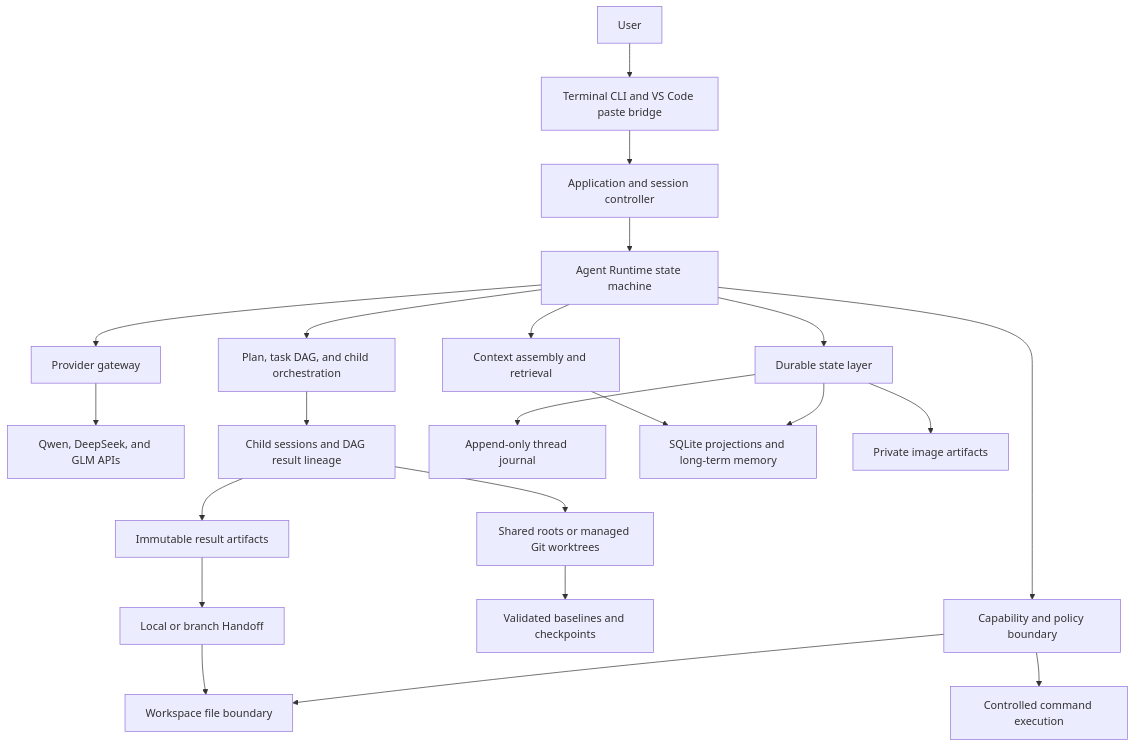
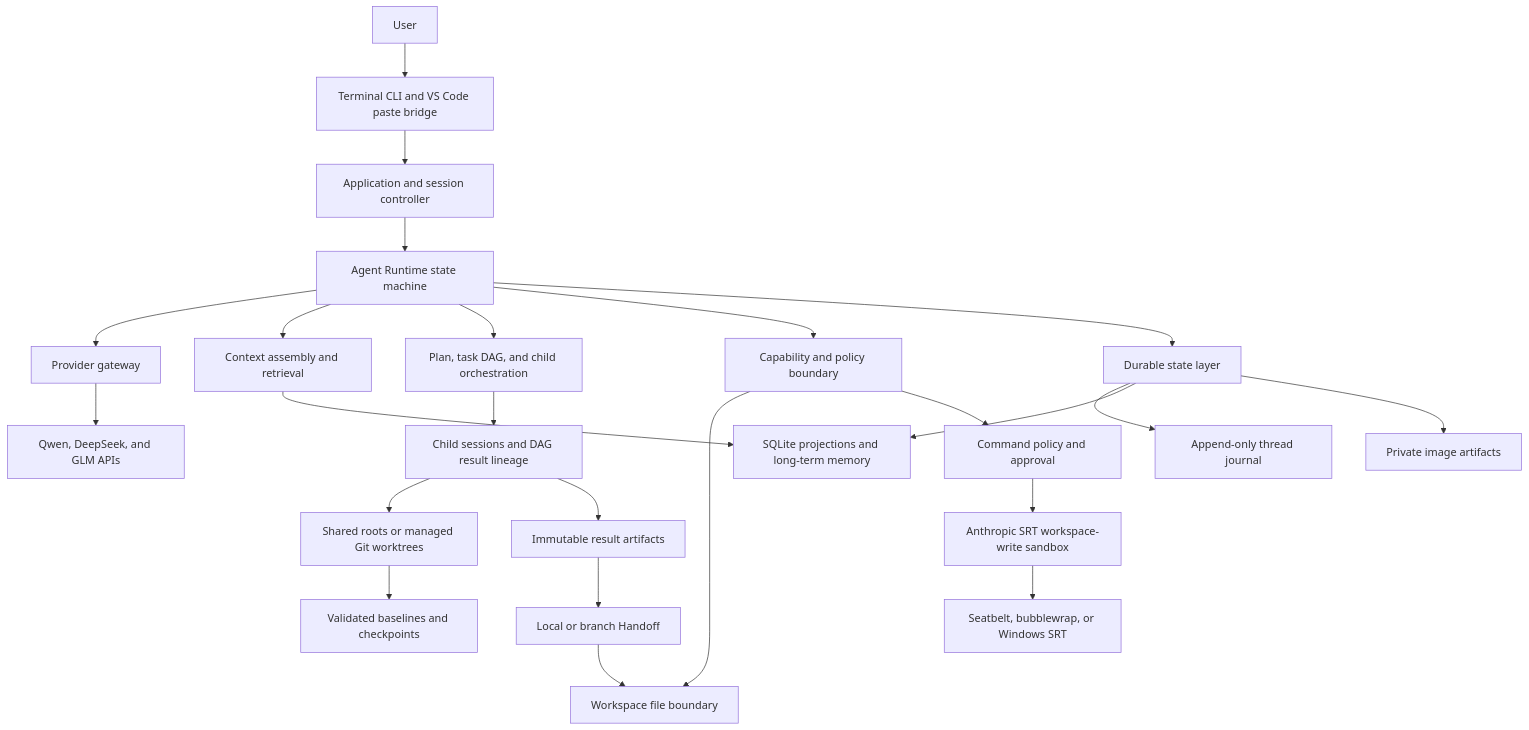
The first of 2 diagrams in docs/TECHNICAL_DESIGN.md (dd1000001000/EASY_CODE), drawn with Mermaid before and after one commit. The commit also changed other lines of this file and 40 other files, not shown here.

````diff
--- a/docs/TECHNICAL_DESIGN.md
+++ b/docs/TECHNICAL_DESIGN.md
@@ -25,27 +26,29 @@
 ```mermaid
 flowchart TB
     User[User] --> UI[Terminal CLI and VS Code paste bridge]
     UI --> App[Application and session controller]
     App --> Runtime[Agent Runtime state machine]
 
     Runtime --> Provider[Provider gateway]
     Runtime --> Context[Context assembly and retrieval]
     Runtime --> Orchestration[Plan, task DAG, and child orchestration]
     Runtime --> Capabilities[Capability and policy boundary]
 
     Provider --> APIs[Qwen, DeepSeek, and GLM APIs]
     Capabilities --> Workspace[Workspace file boundary]
-    Capabilities --> Commands[Controlled command execution]
+    Capabilities --> Commands[Command policy and approval]
+    Commands --> Sandbox[Anthropic SRT workspace-write sandbox]
+    Sandbox --> OS[Seatbelt, bubblewrap, or Windows SRT]
     Orchestration --> Children[Child sessions and DAG result lineage]
     Children --> Environments[Shared roots or managed Git worktrees]
     Environments --> Snapshots[Validated baselines and checkpoints]
     Children --> Results[Immutable result artifacts]
     Results --> Handoff[Local or branch Handoff]
     Handoff --> Workspace
 
     Runtime --> State[Durable state layer]
     State --> Journal[Append-only thread journal]
     State --> Database[SQLite projections and long-term memory]
     State --> Artifacts[Private image artifacts]
     Context --> Database
 ```
````
